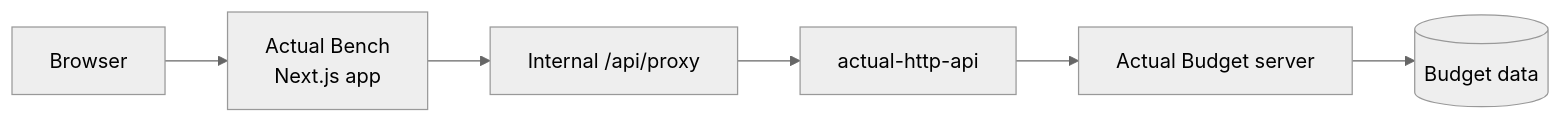
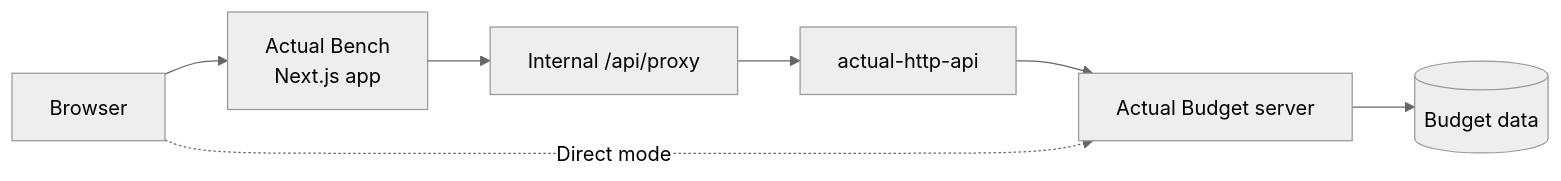
Before and after one commit to x-rous/actual-bench: the diagram in README.md, drawn with Mermaid (neutral theme). The commit also changed other lines of this file and 22 other files, not shown here.

Commit message:
feat: harden direct mode release UX

````diff
--- a/README.md
+++ b/README.md
@@ -162,15 +162,16 @@
 ```mermaid
 flowchart LR
   Browser[Browser]
   App["Actual Bench<br/>Next.js app"]
   Proxy[Internal /api/proxy]
   API[actual-http-api]
   Actual[Actual Budget server]
   Budget[(Budget data)]
 
   Browser --> App
   App --> Proxy
   Proxy --> API
   API --> Actual
+  Browser -. Direct mode .-> Actual
   Actual --> Budget
 ```
````
